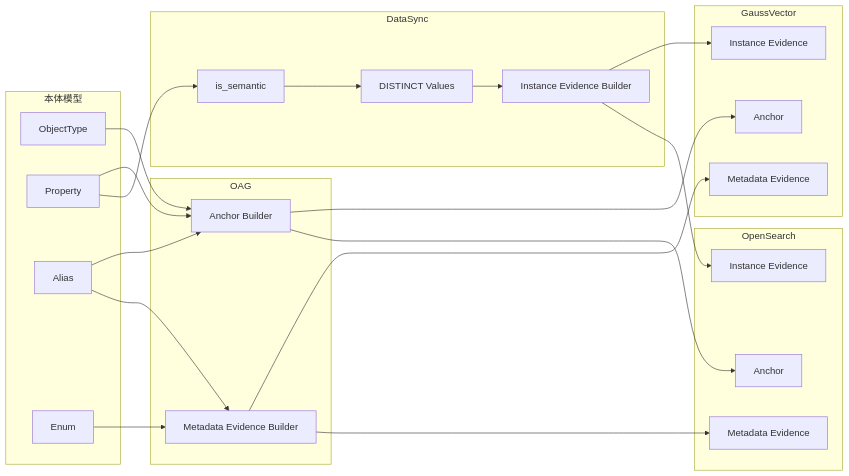
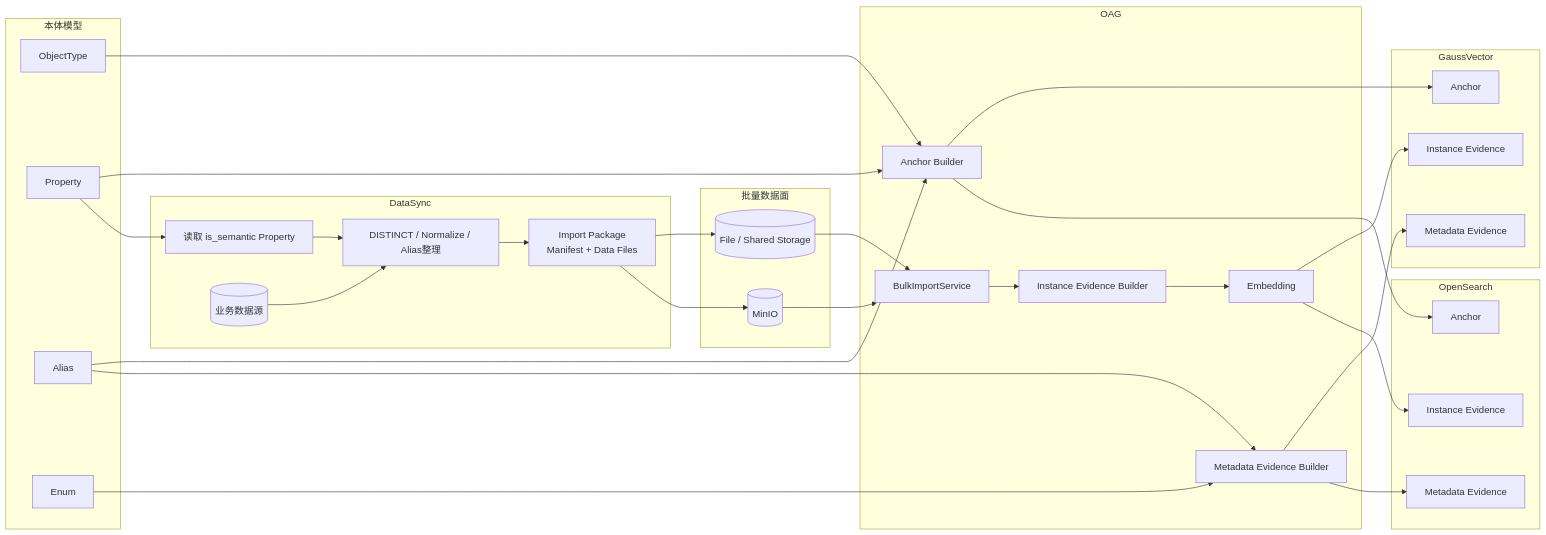
One commit to cfwl100/onology_dsl changed the third of 6 diagrams in docs/OAG本体锚点语义检索与向量索引设计方案.md. Above: the diagram before and after it, drawn with Mermaid. The commit also changed other lines of this file, not shown here.

````diff
--- a/docs/OAG本体锚点语义检索与向量索引设计方案.md
+++ b/docs/OAG本体锚点语义检索与向量索引设计方案.md
@@ -2706,49 +3372,65 @@
 ```mermaid
 flowchart LR
     subgraph OMS[本体模型]
       OT[ObjectType]
       P[Property]
       A[Alias]
       EN[Enum]
     end
 
+    subgraph DS[DataSync]
+      SC[读取 is_semantic Property]
+      SRC[(业务数据源)]
+      DV[DISTINCT / Normalize / Alias整理]
+      PKG[Import Package<br/>Manifest + Data Files]
+    end
+
+    subgraph TRANS[批量数据面]
+      FS[(File / Shared Storage)]
+      MI[(MinIO)]
+    end
+
     subgraph OAG[OAG]
       AB[Anchor Builder]
       MB[Metadata Evidence Builder]
-    end
-
-    subgraph DS[DataSync]
-      SC[is_semantic]
-      DV[DISTINCT Values]
+      BI[BulkImportService]
       IB[Instance Evidence Builder]
+      EMB[Embedding]
     end
 
     subgraph GV[GaussVector]
       GA[Anchor]
       GM[Metadata Evidence]
       GI[Instance Evidence]
     end
 
     subgraph OS[OpenSearch]
       OA[Anchor]
       OM[Metadata Evidence]
       OI[Instance Evidence]
     end
 
     OT --> AB
     P --> AB
     A --> AB
     A --> MB
     EN --> MB
 
     AB --> GA
     AB --> OA
     MB --> GM
     MB --> OM
 
     P --> SC
+    SRC --> DV
     SC --> DV
-    DV --> IB
-    IB --> GI
-    IB --> OI
+    DV --> PKG
+    PKG --> FS
+    PKG --> MI
+    FS --> BI
+    MI --> BI
+    BI --> IB
+    IB --> EMB
+    EMB --> GI
+    EMB --> OI
 ```
````
